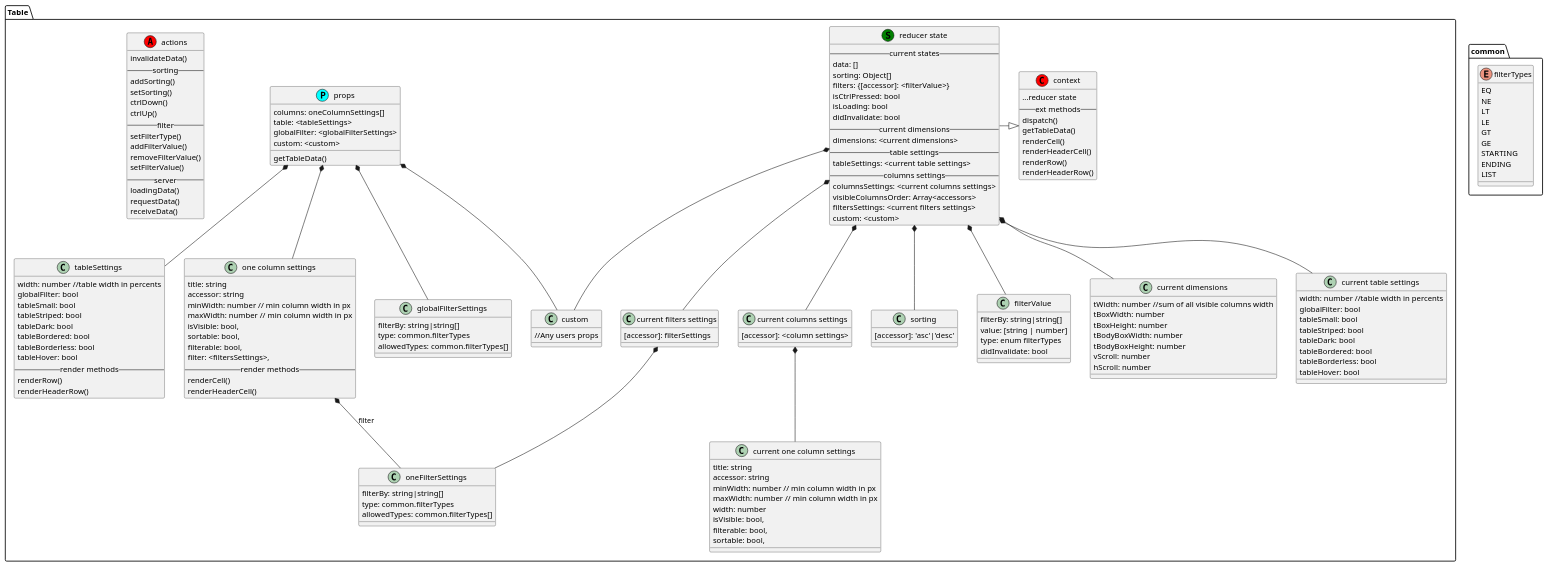
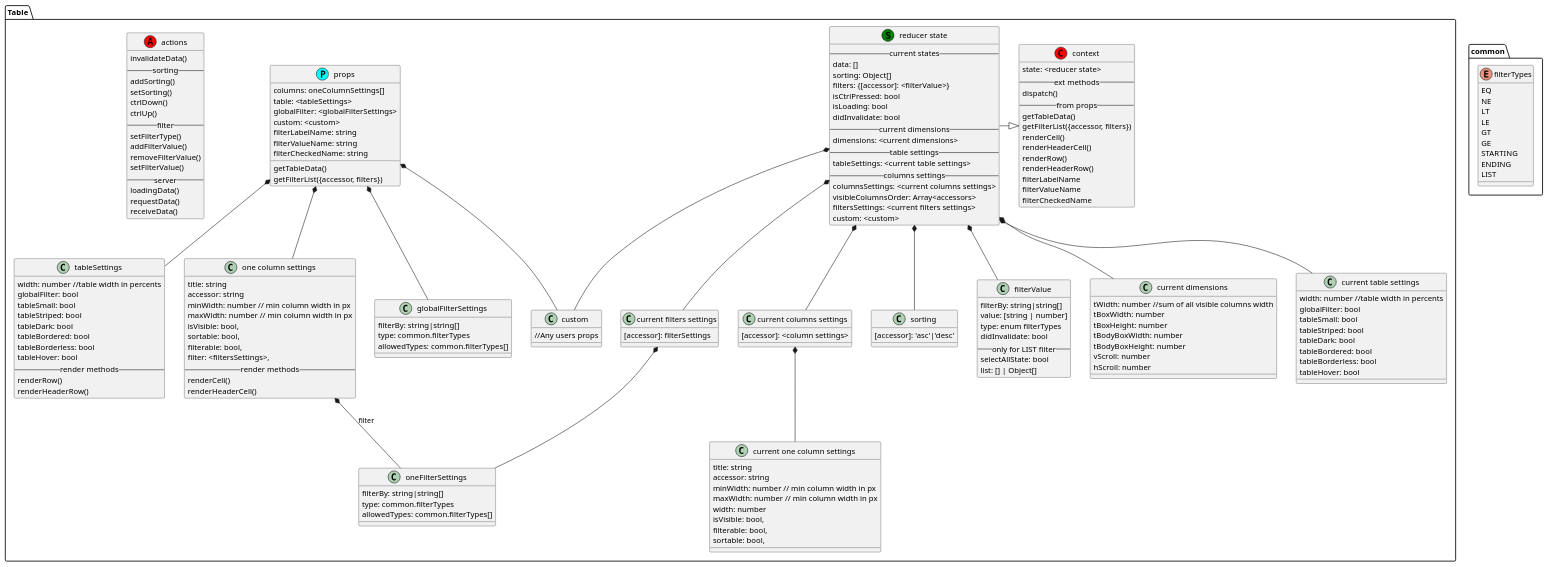
Before and after one commit to Maximus905/ReactBootstrap4Table: the diagram in diagrams/new.puml, drawn with PlantUML. The commit also changed 23 other files, not shown here.

```diff
--- a/diagrams/new.puml
+++ b/diagrams/new.puml
@@ -1,170 +1,182 @@
 @startuml
 namespace common {
     enum filterTypes {
         EQ
         NE
         LT
         LE
         GT
         GE
         STARTING
         ENDING
         LIST
     }
 }
 namespace Table {
     class props <<(P, aqua)>> {
         columns: oneColumnSettings[]
         table: <tableSettings>
         globalFilter: <globalFilterSettings>
         custom: <custom>
+        filterLabelName: string
+        filterValueName: string
+        filterCheckedName: string
         getTableData()
-    }
-    class actions <<(A, red)>> {
-        invalidateData()
-        --sorting--
-        addSorting()
-        setSorting()
-        ctrlDown()
-        ctrlUp()
-        --filter--
-        setFilterType()
-        addFilterValue()
-        removeFilterValue()
-        setFilterValue()
-        --server--
-        loadingData()
-        requestData()
-        receiveData()
+        getFilterList({accessor, filters})
     }
     class context << (C, red) >> {
-        ...reducer state
+        state: <reducer state>
         --ext methods--
         dispatch()
+        --from props--
         getTableData()
+        getFilterList({accessor, filters})
         renderCell()
         renderHeaderCell()
         renderRow()
         renderHeaderRow()
+        filterLabelName
+        filterValueName
+        filterCheckedName
     }
     class "reducer state" as reducerState <<(S,green)>> {
         --current states--
         data: []
         sorting: Object[]
         filters: {[accessor]: <filterValue>}
         isCtrlPressed: bool
         isLoading: bool
         didInvalidate: bool
         --current dimensions--
         dimensions: <current dimensions>
         --table settings--
         tableSettings: <current table settings>
         --columns settings--
         columnsSettings: <current columns settings>
         visibleColumnsOrder: Array<accessors>
         filtersSettings: <current filters settings>
         custom: <custom>
     }
+    class actions <<(A, red)>> {
+        invalidateData()
+        --sorting--
+        addSorting()
+        setSorting()
+        ctrlDown()
+        ctrlUp()
+        --filter--
+        setFilterType()
+        addFilterValue()
+        removeFilterValue()
+        setFilterValue()
+        --server--
+        loadingData()
+        requestData()
+        receiveData()
+    }
     class sorting {
         [accessor]: 'asc'|'desc'
     }
     class filterValue {
         filterBy: string|string[]
         value: [string | number]
         type: enum filterTypes
         didInvalidate: bool
+        --only for LIST filter--
+        selectAllState: bool
+        list: [] | Object[]
     }
     class "current dimensions" as liveDimensions {
         tWidth: number //sum of all visible columns width
         tBoxWidth: number
         tBoxHeight: number
         tBodyBoxWidth: number
         tBodyBoxHeight: number
         vScroll: number
         hScroll: number
     }
     class tableSettings {
         width: number //table width in percents
         globalFilter: bool
         tableSmall: bool
         tableStriped: bool
         tableDark: bool
         tableBordered: bool
         tableBorderless: bool
         tableHover: bool
         --render methods--
         renderRow()
         renderHeaderRow()
     }
     class "current table settings" as liveTableSettings {
         width: number //table width in percents
         globalFilter: bool
         tableSmall: bool
         tableStriped: bool
         tableDark: bool
         tableBordered: bool
         tableBorderless: bool
         tableHover: bool
     }
 
     class "one column settings" as oneColumnSettings {
         title: string
         accessor: string
         minWidth: number // min column width in px
         maxWidth: number // min column width in px
         isVisible: bool,
         sortable: bool,
         filterable: bool,
         filter: <filtersSettings>,
         --render methods--
         renderCell()
         renderHeaderCell()
     }
     class globalFilterSettings {
         filterBy: string|string[]
         type: common.filterTypes
         allowedTypes: common.filterTypes[]
     }
     class "current columns settings" as liveColumnsSettings {
         [accessor]: <column settings>
     }
     class "current one column settings" as liveOneColumnSettings {
         title: string
         accessor: string
         minWidth: number // min column width in px
         maxWidth: number // min column width in px
         width: number
         isVisible: bool,
         filterable: bool,
         sortable: bool,
 
     }
     class oneFilterSettings {
         filterBy: string|string[]
         type: common.filterTypes
         allowedTypes: common.filterTypes[]
     }
     class "current filters settings" as liveFiltersSettings {
         [accessor]: filterSettings
     }
     class custom {
         //Any users props
     }
 
     context <|-left- reducerState
     reducerState *-- filterValue
     props *-- tableSettings
     props *-- oneColumnSettings
     props *-- globalFilterSettings
     props *-- custom
     reducerState *-- sorting
     reducerState *-- custom
     reducerState *-- liveColumnsSettings
     liveColumnsSettings *-- liveOneColumnSettings
     reducerState *-- liveTableSettings
     oneColumnSettings *-- oneFilterSettings :filter
     reducerState *-- liveFiltersSettings
     liveFiltersSettings *-- oneFilterSettings
     reducerState *-- liveDimensions
 }
 @enduml
```
